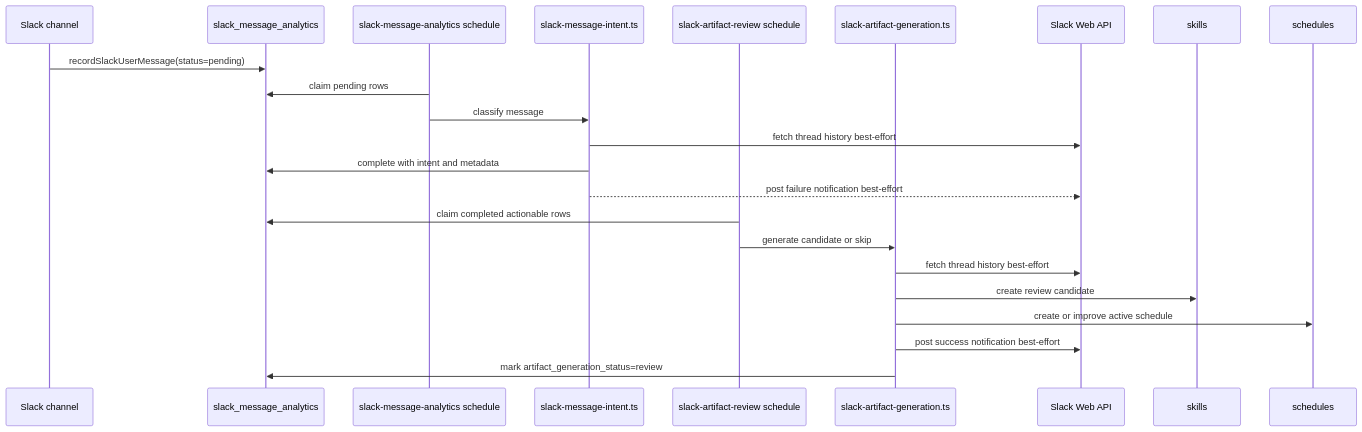
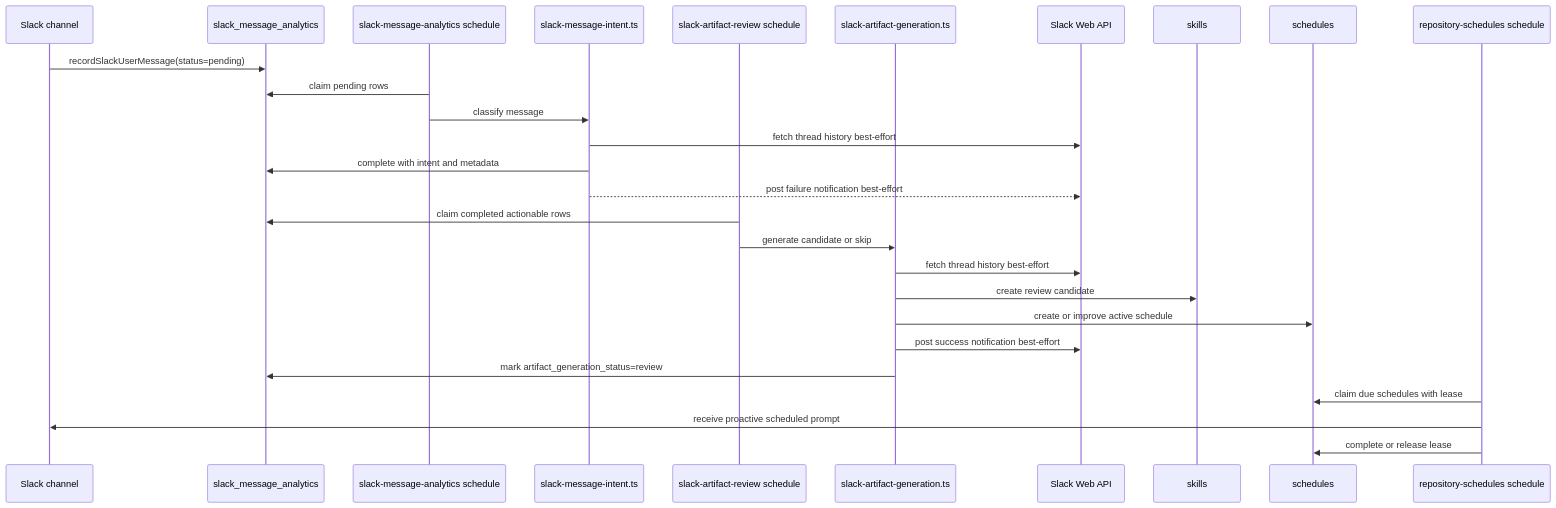
Before and after one commit to GorobVictor/slack-ai-agent-eve: the third of 3 diagrams in AGENTS.md, drawn with Mermaid. The commit also changed other lines of this file and 2 other files, not shown here.

First line of the commit message:
ref: document schedule dispatcher workflow

````diff
--- a/AGENTS.md
+++ b/AGENTS.md
@@ -326,26 +355,30 @@
 ```mermaid
 sequenceDiagram
   participant Slack as Slack channel
   participant DB as slack_message_analytics
   participant AnalysisSchedule as slack-message-analytics schedule
   participant Intent as slack-message-intent.ts
   participant ArtifactSchedule as slack-artifact-review schedule
   participant Generator as slack-artifact-generation.ts
   participant SlackAPI as Slack Web API
   participant Skills as skills
   participant Schedules as schedules
+  participant ScheduleDispatcher as repository-schedules schedule
 
   Slack->>DB: recordSlackUserMessage(status=pending)
   AnalysisSchedule->>DB: claim pending rows
   AnalysisSchedule->>Intent: classify message
   Intent->>SlackAPI: fetch thread history best-effort
   Intent->>DB: complete with intent and metadata
   Intent-->>SlackAPI: post failure notification best-effort
   ArtifactSchedule->>DB: claim completed actionable rows
   ArtifactSchedule->>Generator: generate candidate or skip
   Generator->>SlackAPI: fetch thread history best-effort
   Generator->>Skills: create review candidate
   Generator->>Schedules: create or improve active schedule
   Generator->>SlackAPI: post success notification best-effort
   Generator->>DB: mark artifact_generation_status=review
+  ScheduleDispatcher->>Schedules: claim due schedules with lease
+  ScheduleDispatcher->>Slack: receive proactive scheduled prompt
+  ScheduleDispatcher->>Schedules: complete or release lease
 ```
````
